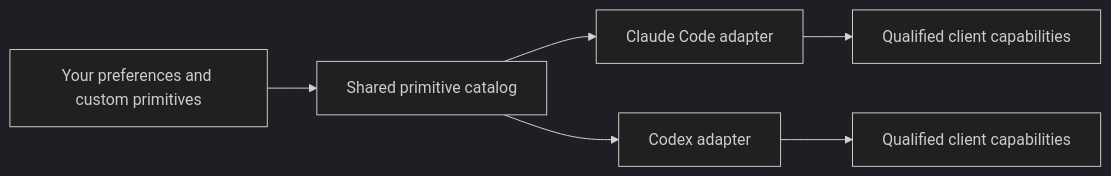
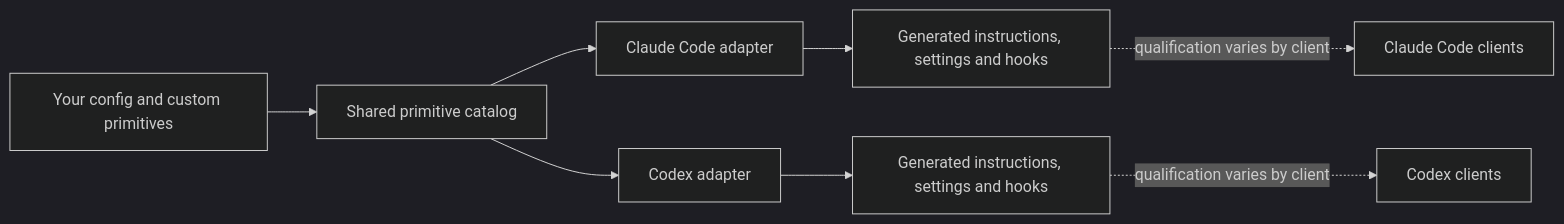
Before and after one commit to JakeSelby/agent-harness: the diagram in README.md, drawn with Mermaid (dark theme). The commit also changed other lines of this file and 3 other files, not shown here.

````diff
--- a/README.md
+++ b/README.md
@@ -95,8 +131,10 @@
 ```mermaid
 flowchart LR
-  U[Your preferences and custom primitives] --> S[Shared primitive catalog]
-  S --> C[Claude Code adapter]
-  S --> X[Codex adapter]
-  C --> CC[Qualified client capabilities]
-  X --> XC[Qualified client capabilities]
+  U[Your config and custom primitives] --> P[Shared primitive catalog]
+  P --> C[Claude Code adapter]
+  P --> X[Codex adapter]
+  C --> CP[Generated instructions, settings and hooks]
+  X --> XP[Generated instructions, settings and hooks]
+  CP -. qualification varies by client .-> CC[Claude Code clients]
+  XP -. qualification varies by client .-> XC[Codex clients]
 ```
````
